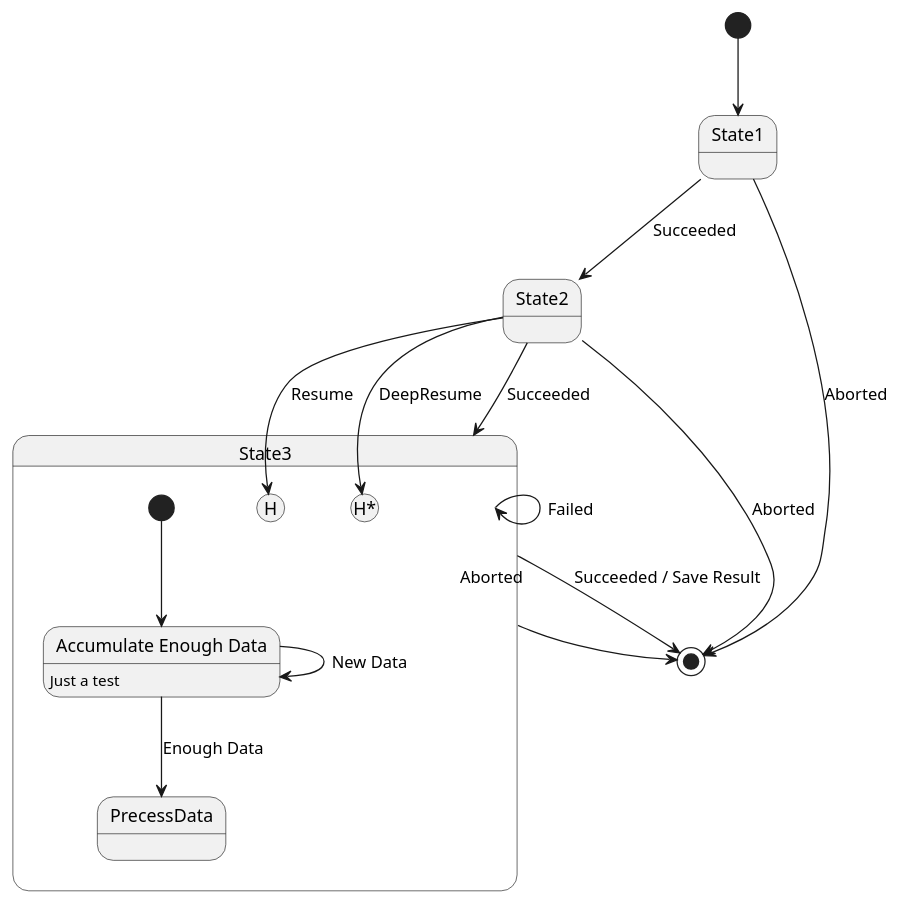
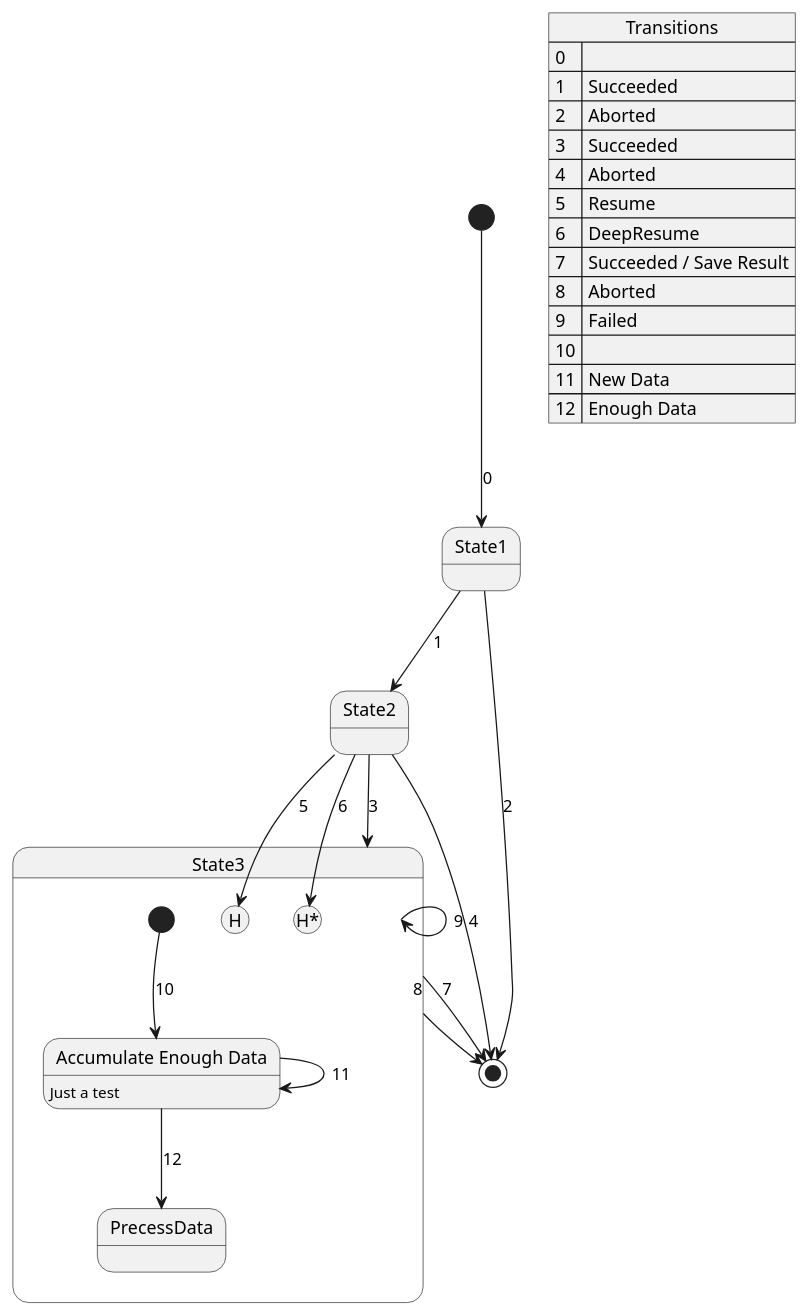
The diagram in dataclass_to_diagram_rs_test/diagrams/state_machine_6.puml (Konstantin-Dudersky/dataclass_to_diagram_rs), drawn with PlantUML before and after one commit. The commit also changed 12 other files, not shown here.

```diff
--- a/dataclass_to_diagram_rs_test/diagrams/state_machine_6.puml
+++ b/dataclass_to_diagram_rs_test/diagrams/state_machine_6.puml
@@ -1,30 +1,46 @@
 @startuml
 
 state Start <<start>>
 state "State1" as State1
 state "State2" as State2
 state "State3" as State3 {
     state State3History <<history>>
     state State3DeepHistory <<history*>>
     state State3Start <<start>>
     state "Accumulate Enough Data" as State3Accum
     State3Accum : Just a test
     state "PrecessData" as State3ProcessData
 }
 state End <<end>>
 
-Start --> State1
-State1 --> State2 : Succeeded
-State1 --> End : Aborted
-State2 --> State3 : Succeeded
-State2 --> End : Aborted
-State2 --> State3History : Resume
-State2 --> State3DeepHistory : DeepResume
-State3 --> End : Succeeded / Save Result
-State3 --> End : Aborted
-State3 --> State3 : Failed
-State3Start --> State3Accum
-State3Accum --> State3Accum : New Data
-State3Accum --> State3ProcessData : Enough Data
+Start --> State1 : 0
+State1 --> State2 : 1
+State1 --> End : 2
+State2 --> State3 : 3
+State2 --> End : 4
+State2 --> State3History : 5
+State2 --> State3DeepHistory : 6
+State3 --> End : 7
+State3 --> End : 8
+State3 --> State3 : 9
+State3Start --> State3Accum : 10
+State3Accum --> State3Accum : 11
+State3Accum --> State3ProcessData : 12
+
+json Transitions {
+    "0": "",
+    "1": "Succeeded",
+    "2": "Aborted",
+    "3": "Succeeded",
+    "4": "Aborted",
+    "5": "Resume",
+    "6": "DeepResume",
+    "7": "Succeeded / Save Result",
+    "8": "Aborted",
+    "9": "Failed",
+    "10": "",
+    "11": "New Data",
+    "12": "Enough Data"
+}
 
 @enduml
```
